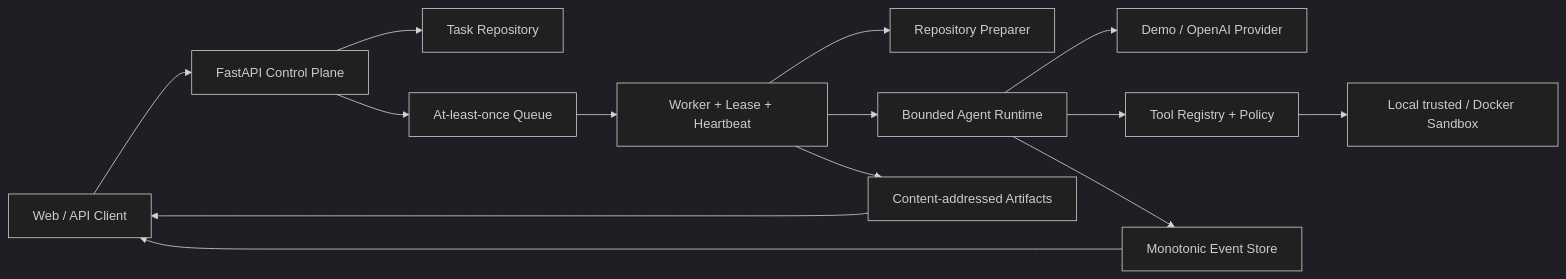
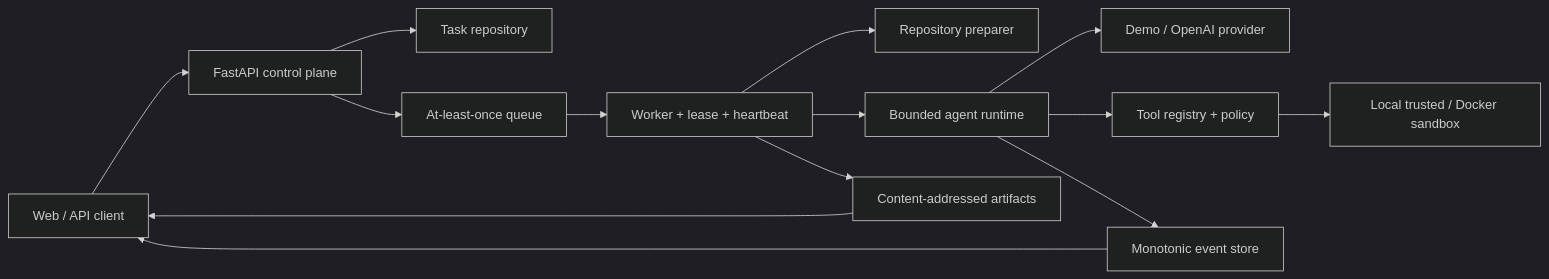
One commit to aopays/cloud-agent-platform changed the diagram in README.md. Above: the diagram before and after it, drawn with Mermaid (dark theme). The commit also changed other lines of this file and 7 other files, not shown here.

````diff
--- a/README.md
+++ b/README.md
@@ -141,16 +135,16 @@
 ```mermaid
 flowchart LR
-    User[Web / API Client] --> API[FastAPI Control Plane]
-    API --> Repo[Task Repository]
-    API --> Queue[At-least-once Queue]
-    Queue --> Worker[Worker + Lease + Heartbeat]
-    Worker --> Prep[Repository Preparer]
-    Worker --> Runtime[Bounded Agent Runtime]
-    Runtime --> Provider[Demo / OpenAI Provider]
-    Runtime --> Registry[Tool Registry + Policy]
-    Registry --> Sandbox[Local trusted / Docker Sandbox]
-    Runtime --> Events[Monotonic Event Store]
-    Worker --> Artifacts[Content-addressed Artifacts]
+    User[Web / API client] --> API[FastAPI control plane]
+    API --> Store[Task repository]
+    API --> Queue[At-least-once queue]
+    Queue --> Worker[Worker + lease + heartbeat]
+    Worker --> Prep[Repository preparer]
+    Worker --> Runtime[Bounded agent runtime]
+    Runtime --> Provider[Demo / OpenAI provider]
+    Runtime --> Registry[Tool registry + policy]
+    Registry --> Sandbox[Local trusted / Docker sandbox]
+    Runtime --> Events[Monotonic event store]
+    Worker --> Artifacts[Content-addressed artifacts]
     Events --> User
     Artifacts --> User
 ```
````
